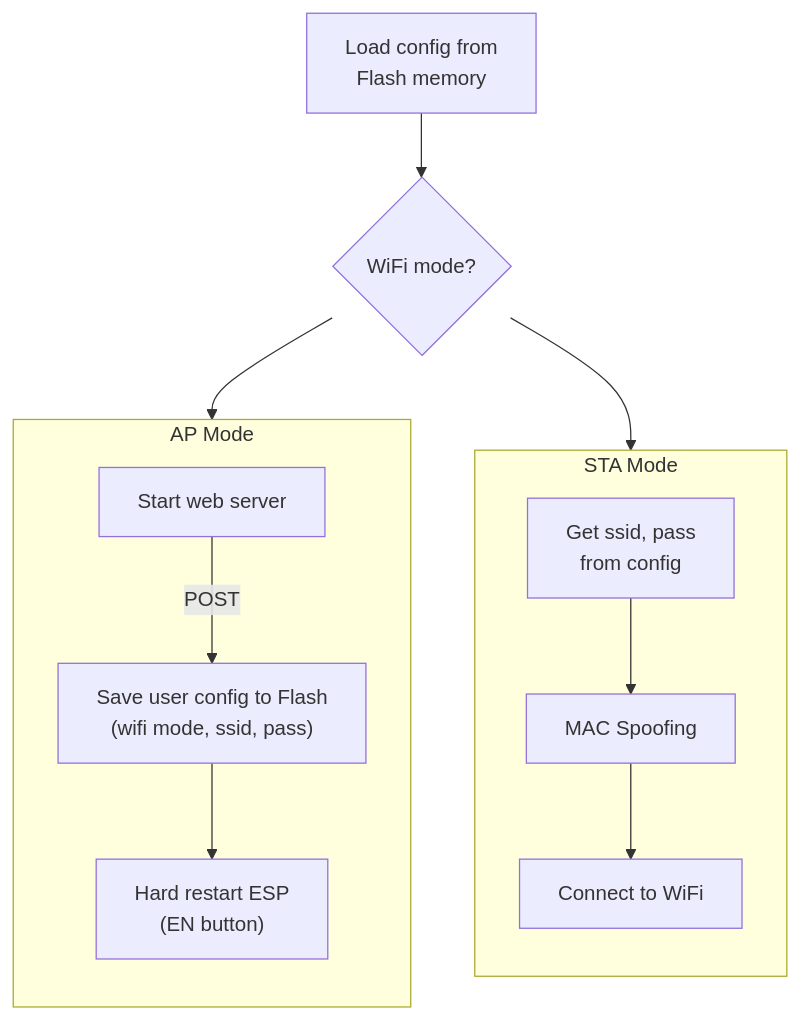
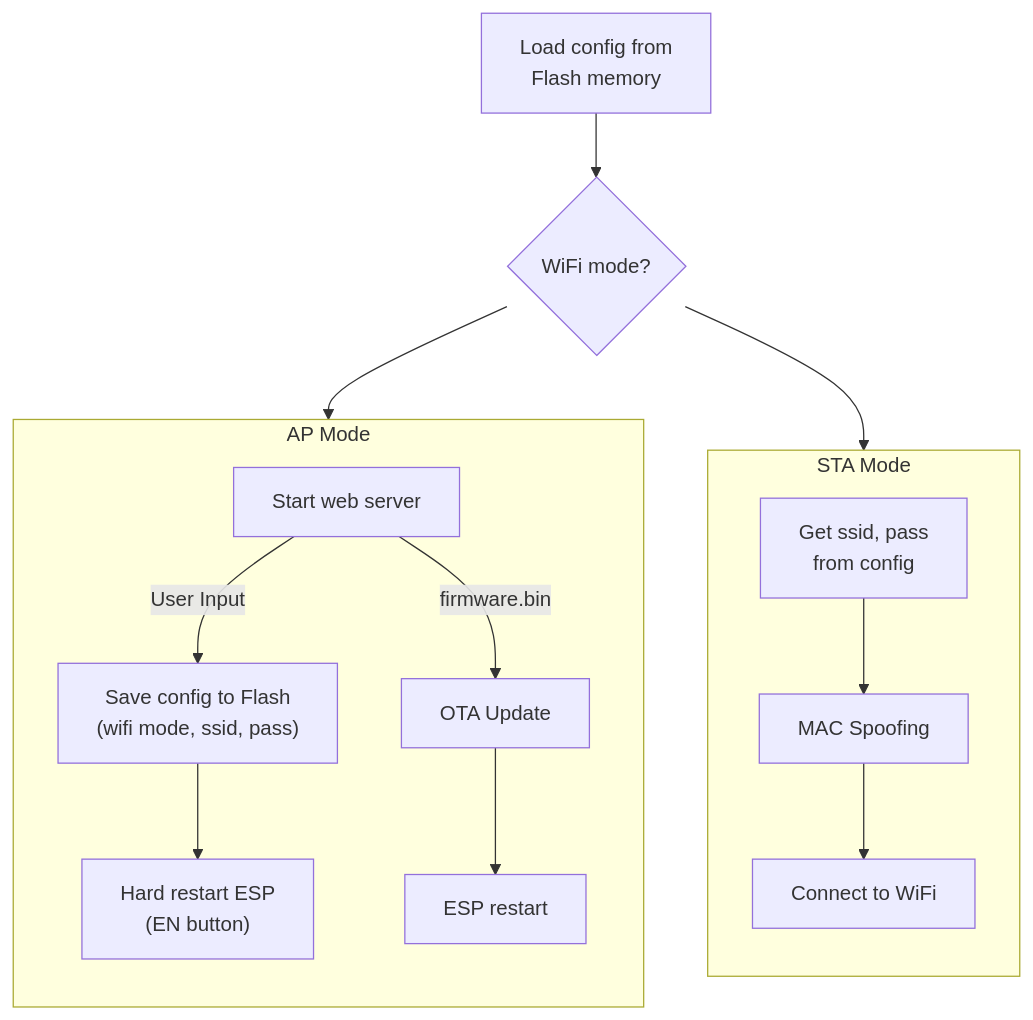
The diagram in README.md (HyuOniichan/test_esp32-wifi), drawn with Mermaid before and after one commit.

Commit message:
[chore] update readme

````diff
--- a/README.md
+++ b/README.md
@@ -18,35 +18,40 @@
 ```mermaid
 graph TD
     %% All
     loadConfig[Load config from\n Flash memory]
     whichMode{WiFi mode?}
 
     %% apMode
     webServer[Start web server]
-    saveUserConfig["Save user config to Flash\n (wifi mode, ssid, pass)"]
+    saveUserConfig["Save config to Flash\n (wifi mode, ssid, pass)"]
     hardRestart["Hard restart ESP\n (EN button)"]
+    otaUpdate[OTA Update]
+    espRestart[ESP restart]
 
     %% staMode
     saveCredentials["Get ssid, pass\n from config"]
     macSpoofing[MAC Spoofing]
     connectWifi[Connect to WiFi]
 
     %% Visualize
     loadConfig --> whichMode
     whichMode --> apMode
     whichMode --> staMode
 
     subgraph apMode["AP Mode"]
         direction TD 
         webServer
-            -- POST --> saveUserConfig
+            -- User Input --> saveUserConfig
             --> hardRestart
+        webServer
+            -- firmware.bin --> otaUpdate
+            --> espRestart
     end
 
     subgraph staMode["STA Mode"]
         direction TD 
         saveCredentials
             --> macSpoofing
             --> connectWifi
     end
 ```
````
